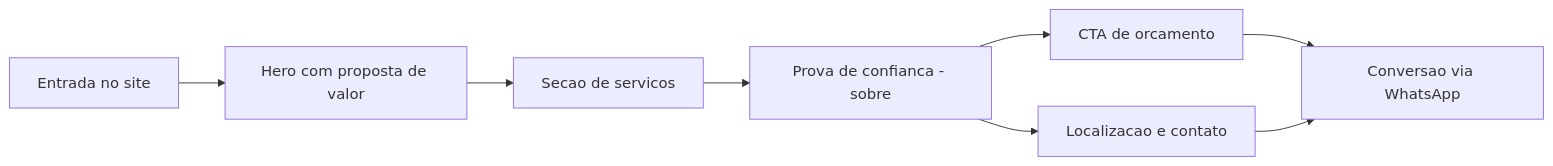
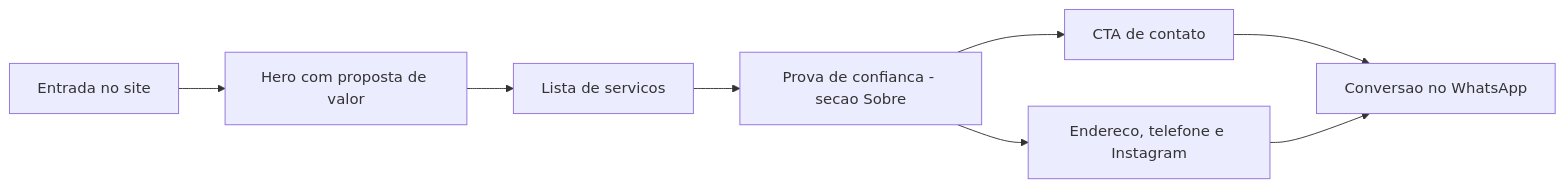
The second of 3 diagrams in README.md (oalvesnelio/uvfillmes), drawn with Mermaid before and after one commit. The commit also changed other lines of this file and 1 other file, not shown here.

````diff
--- a/README.md
+++ b/README.md
@@ -43,10 +45,10 @@
 ```mermaid
 flowchart LR
 	A[Entrada no site] --> B[Hero com proposta de valor]
-	B --> C[Secao de servicos]
-	C --> D[Prova de confianca - sobre]
-	D --> E[CTA de orcamento]
-	E --> F[Conversao via WhatsApp]
-	D --> G[Localizacao e contato]
+	B --> C[Lista de servicos]
+	C --> D[Prova de confianca - secao Sobre]
+	D --> E[CTA de contato]
+	E --> F[Conversao no WhatsApp]
+	D --> G[Endereco, telefone e Instagram]
 	G --> F
 ```
````
